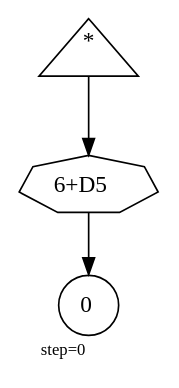
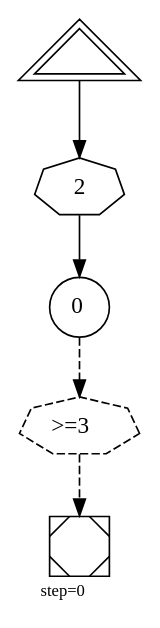
One commit to abarbu/machinations changed the diagram in ours/101-connections/0008.dot. Above: the diagram before and after it, drawn with Graphviz. The commit also changed 200 other files, not shown here.

```diff
--- a/ours/101-connections/0008.dot
+++ b/ours/101-connections/0008.dot
@@ -1,8 +1,12 @@
 digraph {
   graph  [labelloc=bottom,labeljust=left,fontsize="10",label="step=0"];
-  "2022" [shape=circle,peripheries="1",label=<0>,labelfontcolor=black,color=black];
-  "2023" [shape=triangle,peripheries="1",label=<<SUP>*</SUP>>,labelfontcolor=black,color=black];
-  "2024" [label=<6+D5>,peripheries="1",color=black,shape=septagon];
-  "2023" -> "2024" [color=black];
-  "2024" -> "2022" [color=black];
+  "69" [shape=circle,peripheries="1",label=<0>,labelfontcolor=black,color=black];
+  "70" [shape=Msquare,peripheries="1",label="",labelfontcolor=black,color=black];
+  "79" [shape=triangle,peripheries="2",label="",labelfontcolor=black,color=black];
+  "80" [label=<2>,peripheries="1",color=black,shape=septagon];
+  "79" -> "80" [color=black];
+  "80" -> "69" [color=black];
+  "71" [label=<&gt;=3>,peripheries="1",color=black,style=dashed,shape=septagon];
+  "69" -> "71" [style=dashed,color=black];
+  "71" -> "70" [style=dashed,color=black];
 }
```
